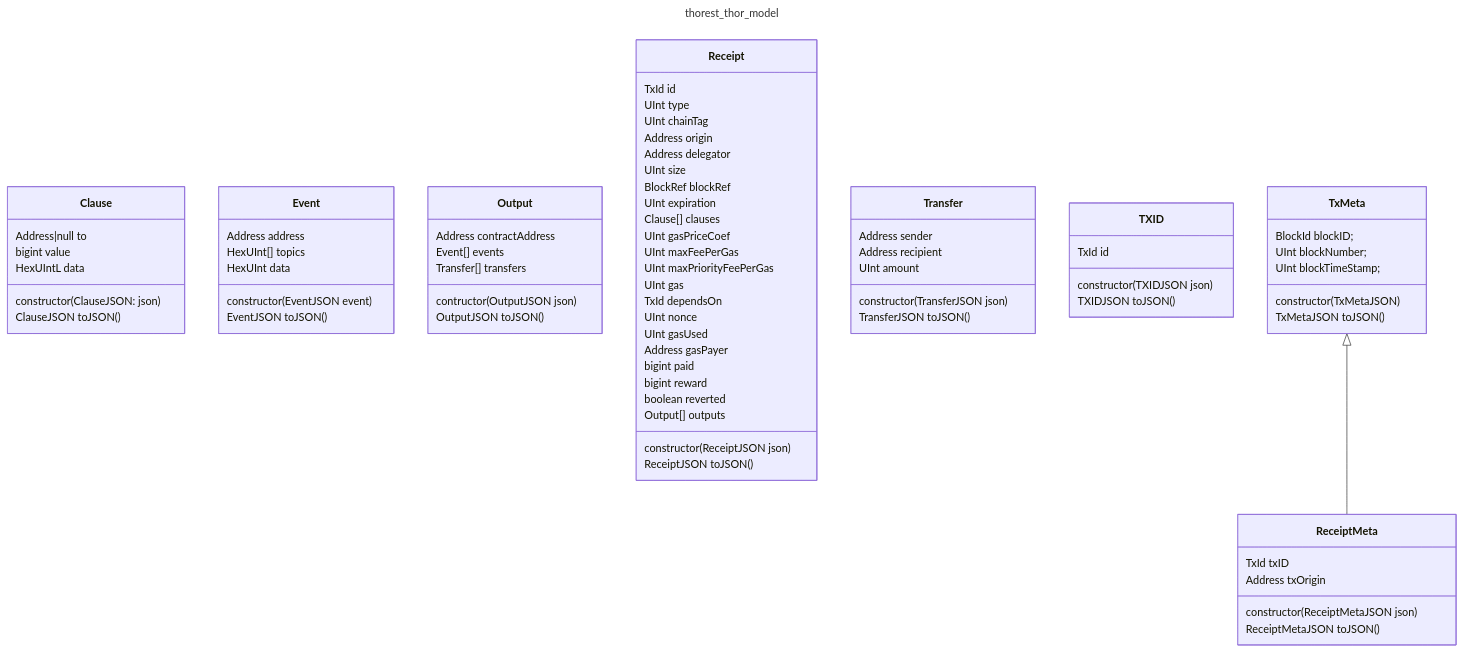
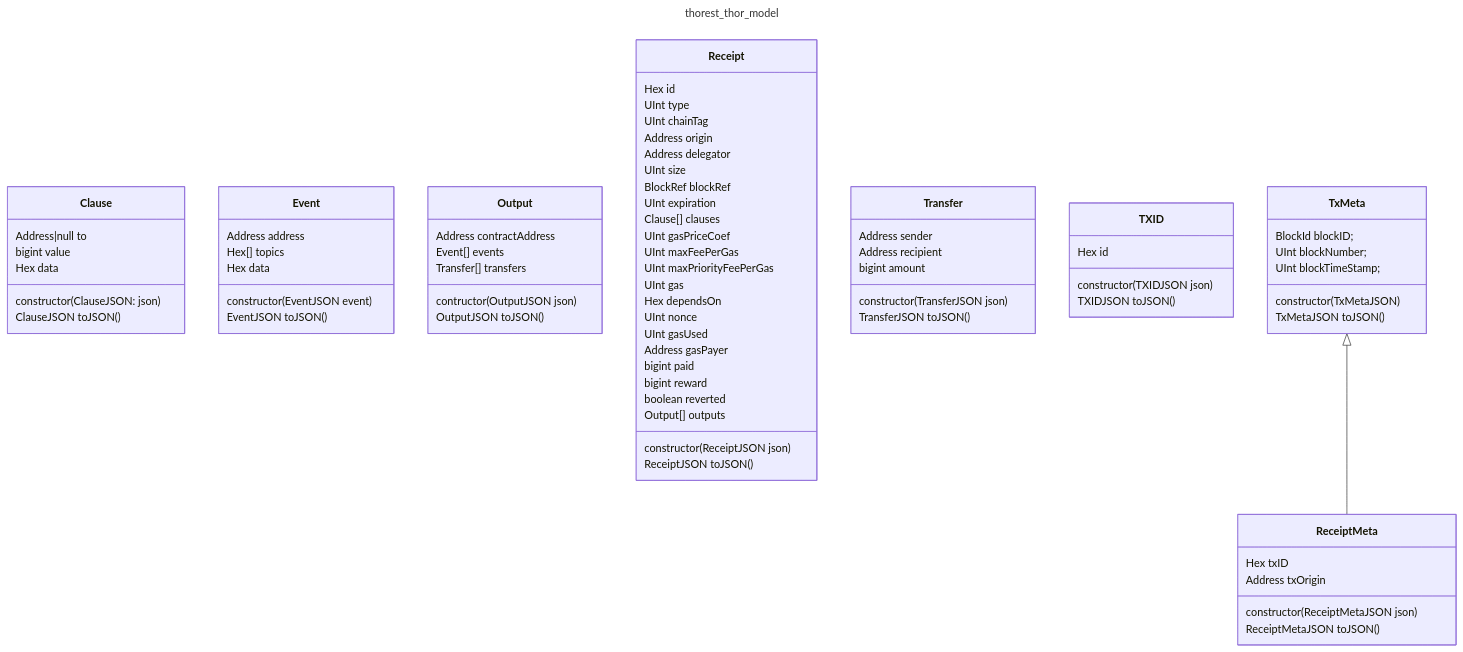
One commit to vechain/vechain-sdk-js changed the diagram in docs/thorest/thor/model/model.mmd. Above: the diagram before and after it, drawn with Mermaid. The commit also changed 10 other files, not shown here.

```diff
--- a/docs/thorest/thor/model/model.mmd
+++ b/docs/thorest/thor/model/model.mmd
@@ -1,76 +1,76 @@
 ---
 title: thorest_thor_model
 ---
 classDiagram
     class Clause {
         Address|null to
         bigint value
-        HexUIntL data
+        Hex data
         constructor(ClauseJSON: json)
         ClauseJSON toJSON()
     }
     class Event {
         Address address
-        HexUInt[] topics
-        HexUInt data
+        Hex[] topics
+        Hex data
         constructor(EventJSON event)
         EventJSON toJSON()
     }
     class Output {
         Address contractAddress
         Event[] events
         Transfer[] transfers
         contructor(OutputJSON json)
         OutputJSON toJSON()
     }
     class Receipt {
-        TxId id
+        Hex id
         UInt type
         UInt chainTag
         Address origin
         Address delegator
         UInt size
         BlockRef blockRef
         UInt expiration
         Clause[] clauses
         UInt gasPriceCoef
         UInt maxFeePerGas
         UInt maxPriorityFeePerGas
         UInt gas
-        TxId dependsOn
+        Hex dependsOn
         UInt nonce
         UInt gasUsed
         Address gasPayer
         bigint paid
         bigint reward
         boolean reverted
         Output[] outputs
         constructor(ReceiptJSON json)
         ReceiptJSON toJSON()
     }
     class ReceiptMeta {
-        TxId txID
+        Hex txID
         Address txOrigin
         constructor(ReceiptMetaJSON json)
         ReceiptMetaJSON toJSON()
     }
     class Transfer {
         Address sender
         Address recipient
-        UInt amount
+        bigint amount
         constructor(TransferJSON json)
         TransferJSON toJSON()
     }
     class TXID {
-        TxId id
+        Hex id
         constructor(TXIDJSON json)
         TXIDJSON toJSON()
     }
     class TxMeta {
         BlockId blockID;
         UInt blockNumber;
         UInt blockTimeStamp;
         constructor(TxMetaJSON)
         TxMetaJSON toJSON()
     }
     TxMeta <|-- ReceiptMeta
```
